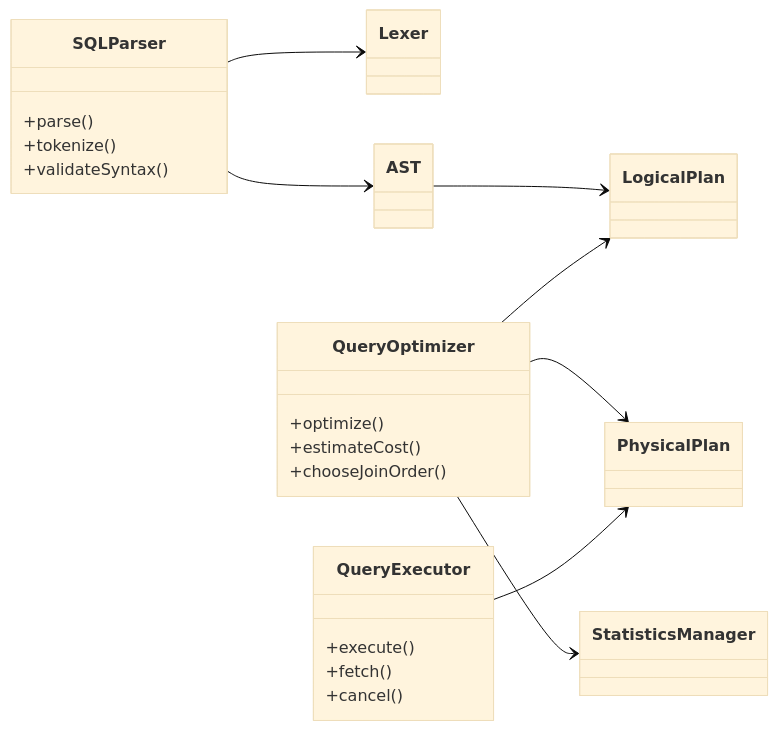
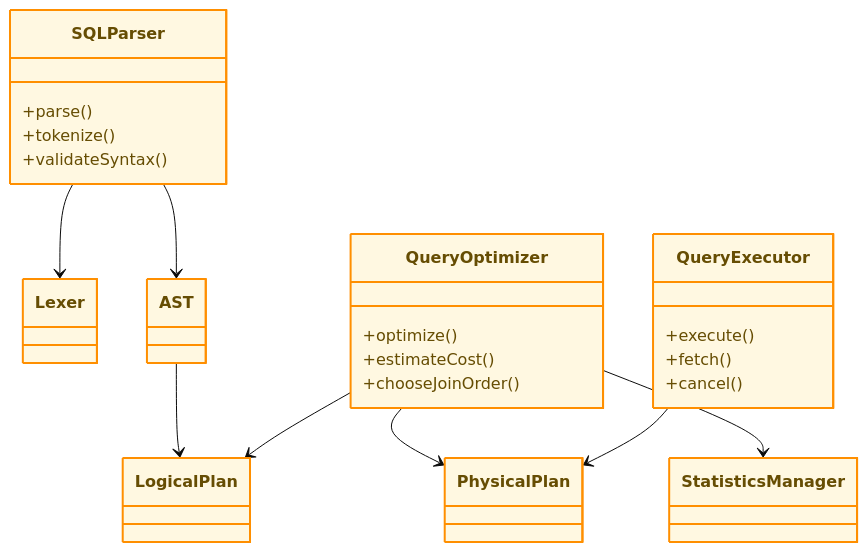
The ninth of 19 diagrams in docs/README.md (Huy1801214/dbms-architecture), drawn with Mermaid (base theme) before and after one commit. The commit also changed other lines of this file, not shown here.

Commit message:
add system architecture and class diagrams for DBMS design

````diff
--- a/docs/README.md
+++ b/docs/README.md
@@ -690,43 +1134,55 @@
 ```mermaid
 classDiagram
-direction LR
+direction TB
 
 class SQLParser{
     +parse()
     +tokenize()
     +validateSyntax()
 }
 
 class Lexer
 
 class AST
 
 class QueryOptimizer{
     +optimize()
     +estimateCost()
     +chooseJoinOrder()
 }
 
 class LogicalPlan
 
 class PhysicalPlan
 
 class StatisticsManager
 
 class QueryExecutor{
     +execute()
     +fetch()
     +cancel()
 }
 
 SQLParser --> Lexer
 SQLParser --> AST
 
 AST --> LogicalPlan
 
 QueryOptimizer --> LogicalPlan
 QueryOptimizer --> PhysicalPlan
 QueryOptimizer --> StatisticsManager
 
 QueryExecutor --> PhysicalPlan
+
+%% =====================================================
+%% STYLING DEFINITIONS
+%% =====================================================
+style SQLParser fill:#fff8e1,stroke:#ff8f00,stroke-width:2px,color:#664d03
+style Lexer fill:#fff8e1,stroke:#ff8f00,stroke-width:2px,color:#664d03
+style AST fill:#fff8e1,stroke:#ff8f00,stroke-width:2px,color:#664d03
+style QueryOptimizer fill:#fff8e1,stroke:#ff8f00,stroke-width:2px,color:#664d03
+style LogicalPlan fill:#fff8e1,stroke:#ff8f00,stroke-width:2px,color:#664d03
+style PhysicalPlan fill:#fff8e1,stroke:#ff8f00,stroke-width:2px,color:#664d03
+style StatisticsManager fill:#fff8e1,stroke:#ff8f00,stroke-width:2px,color:#664d03
+style QueryExecutor fill:#fff8e1,stroke:#ff8f00,stroke-width:2px,color:#664d03
 ```
````
